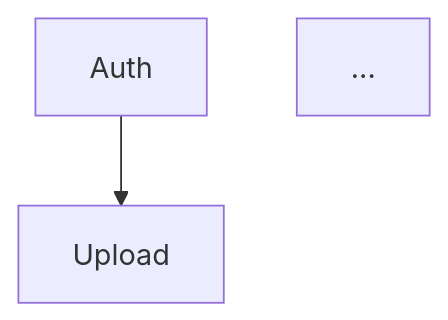
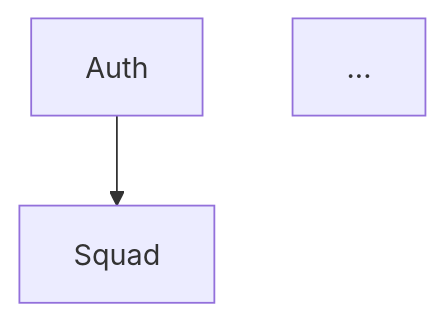
The diagram in .claude/skills/prd-writer/SKILL.md (KaduMelo/misterfoot), drawn with Mermaid before and after one commit. The commit also changed other lines of this file and 3 other files, not shown here.

````diff
--- a/.claude/skills/prd-writer/SKILL.md
+++ b/.claude/skills/prd-writer/SKILL.md
@@ -241,5 +241,5 @@
 ```mermaid
 graph TD
-  F01[Auth] --> F02[Upload]
+  F01[Auth] --> F02[Squad]
   ...
 ```
````
